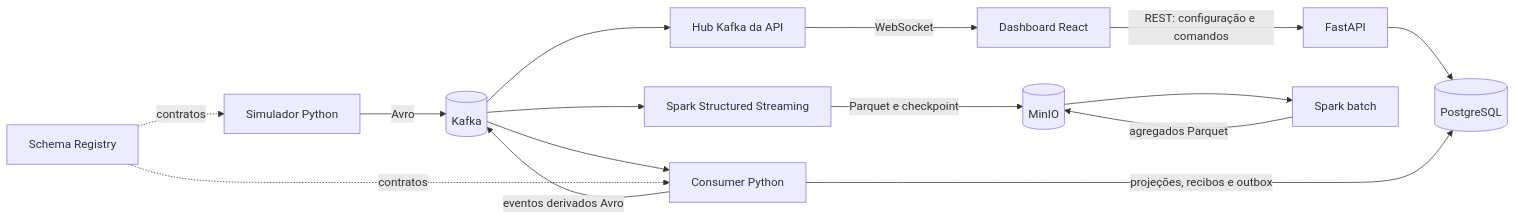
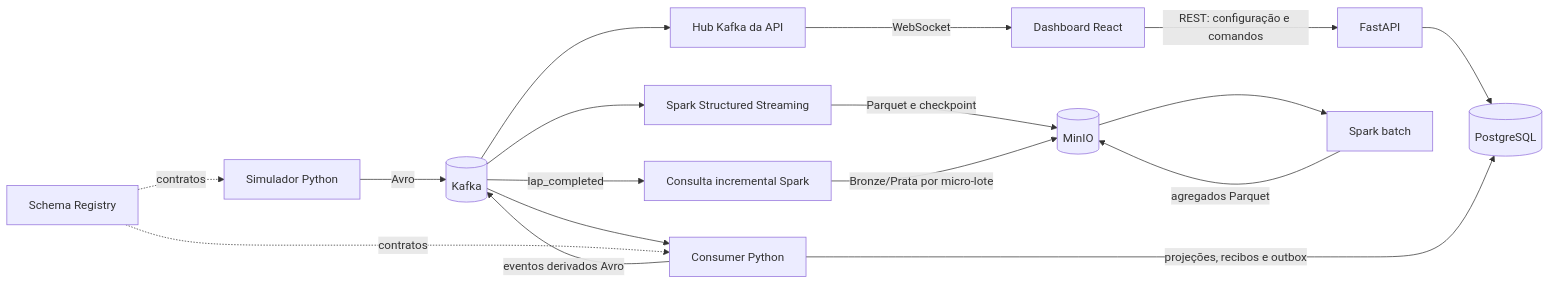
The first of 3 diagrams in docs/architecture.md (faelk8/lab_race_stream), drawn with Mermaid before and after one commit. The commit also changed other lines of this file and 13 other files, not shown here.

````diff
--- a/docs/architecture.md
+++ b/docs/architecture.md
@@ -10,17 +10,19 @@
 ```mermaid
 flowchart LR
     UI[Dashboard React] -->|REST: configuração e comandos| API[FastAPI]
     API --> PG[(PostgreSQL)]
     SIM[Simulador Python] -->|Avro| K[(Kafka)]
     SR[Schema Registry] -. contratos .-> SIM
     K --> CON[Consumer Python]
     SR -. contratos .-> CON
     CON -->|projeções, recibos e outbox| PG
     CON -->|eventos derivados Avro| K
     K --> HUB[Hub Kafka da API]
     HUB -->|WebSocket| UI
     K --> SPARK[Spark Structured Streaming]
     SPARK -->|Parquet e checkpoint| MINIO[(MinIO)]
+    K -->|lap_completed| LAPSTREAM[Consulta incremental Spark]
+    LAPSTREAM -->|Bronze/Prata por micro-lote| MINIO
     MINIO --> BATCH[Spark batch]
     BATCH -->|agregados Parquet| MINIO
 ```
````
